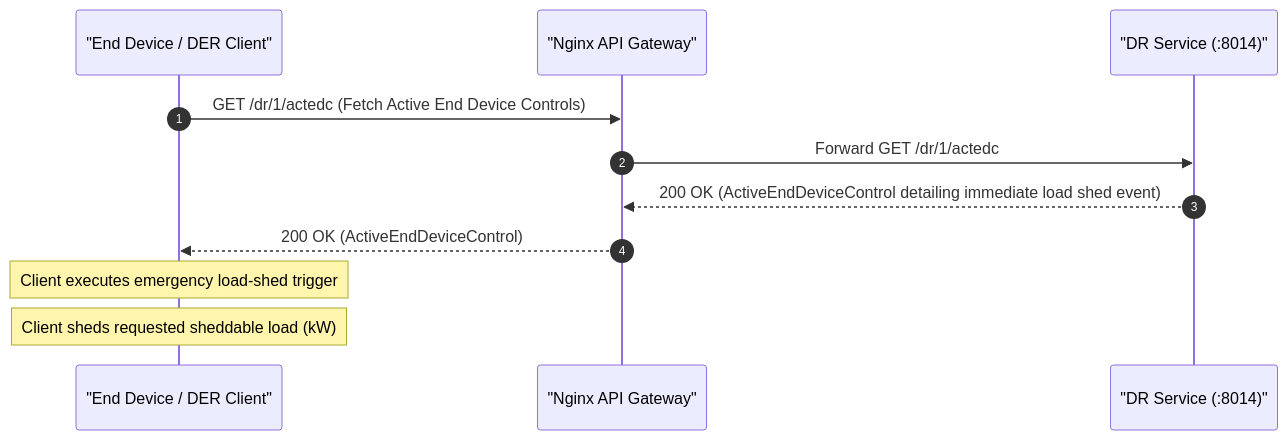
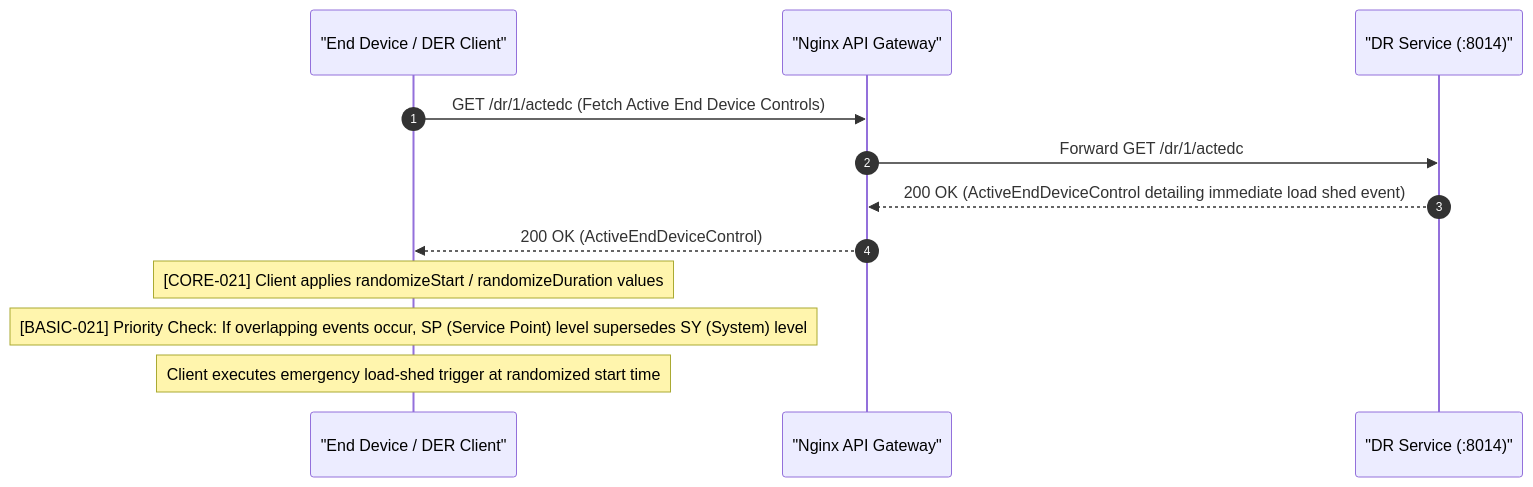
The fourth of 6 diagrams in lifecycles/blackstart.md (Tylores/egot), drawn with Mermaid before and after one commit. The commit also changed other lines of this file and 68 other files, not shown here.

Commit message:
refactor: migrate to microservices architecture, add validation tools and scenario tests

````diff
--- a/lifecycles/blackstart.md
+++ b/lifecycles/blackstart.md
@@ -71,15 +108,16 @@
 ```mermaid
 sequenceDiagram
     autonumber
     participant Client as "End Device / DER Client"
     participant GW as "Nginx API Gateway"
     participant DR as "DR Service (:8014)"
 
     Client->>GW: GET /dr/1/actedc (Fetch Active End Device Controls)
     GW->>DR: Forward GET /dr/1/actedc
     DR-->>GW: 200 OK (ActiveEndDeviceControl detailing immediate load shed event)
     GW-->>Client: 200 OK (ActiveEndDeviceControl)
 
-    Note over Client: Client executes emergency load-shed trigger
-    Note over Client: Client sheds requested sheddable load (kW)
+    Note over Client: [CORE-021] Client applies randomizeStart / randomizeDuration values
+    Note over Client: [BASIC-021] Priority Check: If overlapping events occur, SP (Service Point) level supersedes SY (System) level
+    Note over Client: Client executes emergency load-shed trigger at randomized start time
 ```
````
